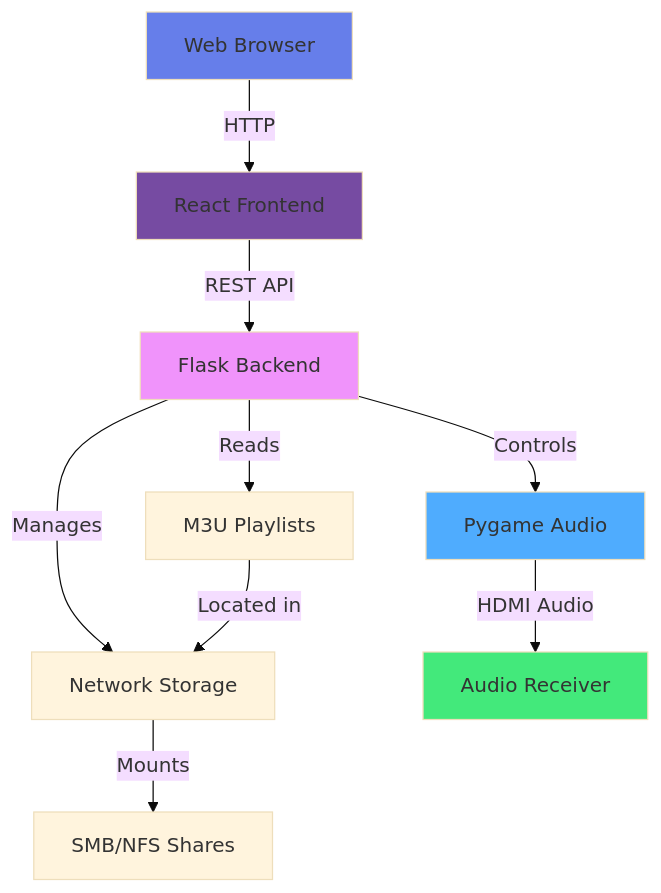
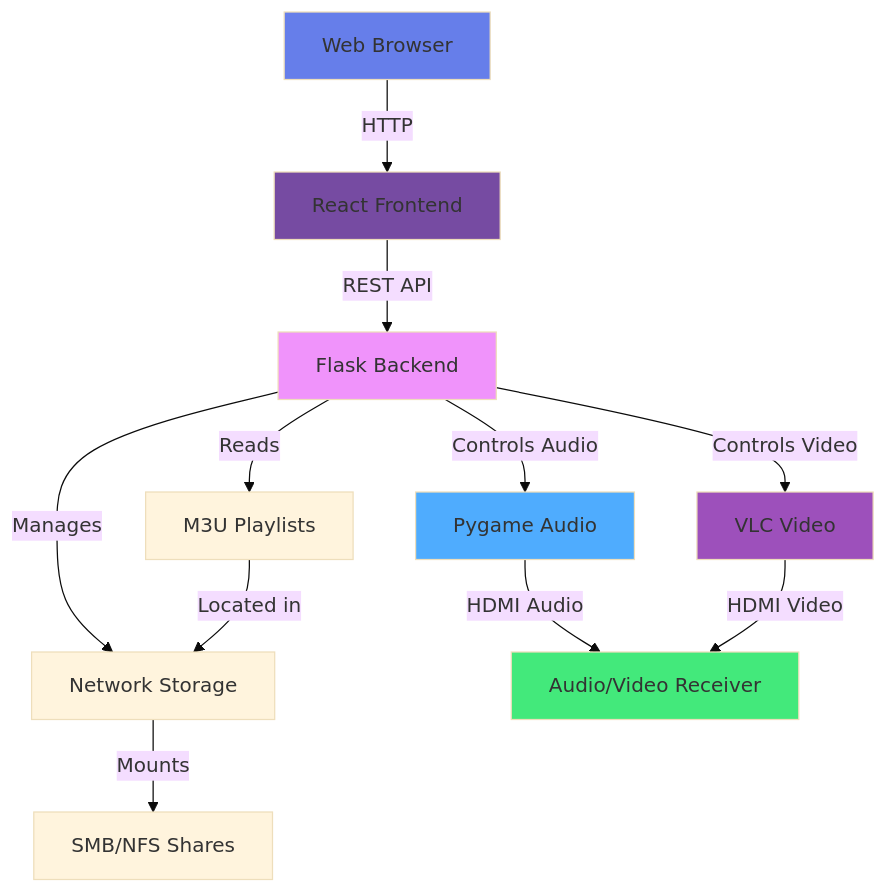
One commit to xXLAOKOONXx/media-player changed the first of 2 diagrams in README.md. Above: the diagram before and after it, drawn with Mermaid (base theme). The commit also changed other lines of this file, not shown here.

Commit message:
Update documentation for video support

````diff
--- a/README.md
+++ b/README.md
@@ -42,17 +57,20 @@
 ```mermaid
 graph TB
     A[Web Browser] -->|HTTP| B[React Frontend]
     B -->|REST API| C[Flask Backend]
-    C -->|Controls| D[Pygame Audio]
+    C -->|Controls Audio| D[Pygame Audio]
+    C -->|Controls Video| V[VLC Video]
     C -->|Manages| E[Network Storage]
     C -->|Reads| F[M3U Playlists]
-    D -->|HDMI Audio| G[Audio Receiver]
+    D -->|HDMI Audio| G[Audio/Video Receiver]
+    V -->|HDMI Video| G
     E -->|Mounts| H[SMB/NFS Shares]
     F -->|Located in| E
     
     style A fill:#667eea
     style B fill:#764ba2
     style C fill:#f093fb
     style D fill:#4facfe
+    style V fill:#9d50bb
     style G fill:#43e97b
 ```
````
